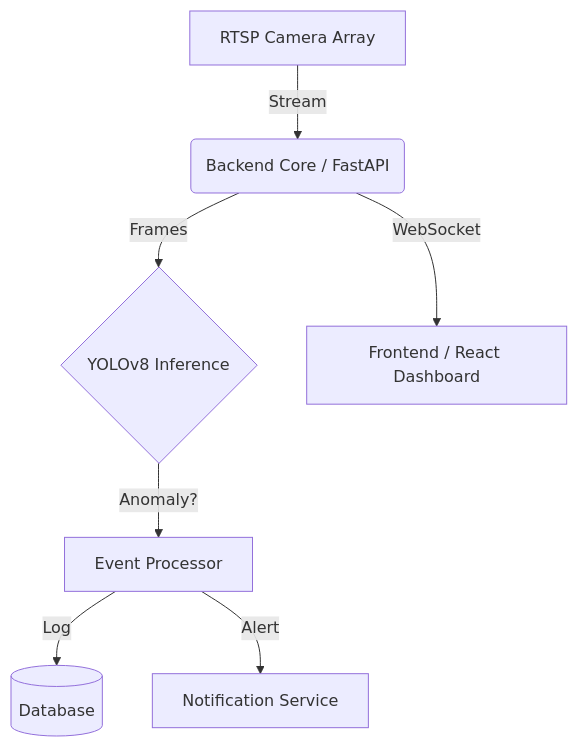
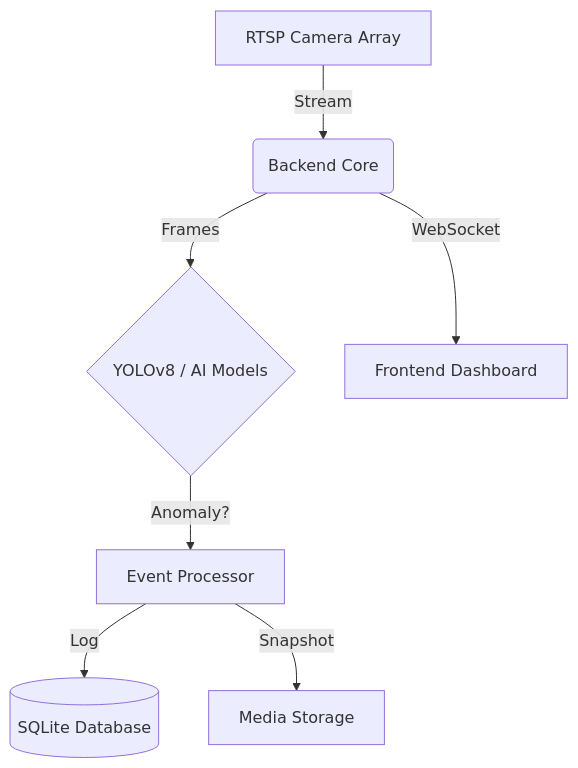
Before and after one commit to rayhq/automated-cctv-monitoring: the diagram in README.md, drawn with Mermaid. The commit also changed other lines of this file, not shown here.

````diff
--- a/README.md
+++ b/README.md
@@ -26,9 +27,9 @@
 ```mermaid
 graph TD
-    A[RTSP Camera Array] -->|Stream| B(Backend Core / FastAPI)
-    B -->|Frames| C{YOLOv8 Inference}
+    A[RTSP Camera Array] -->|Stream| B(Backend Core)
+    B -->|Frames| C{YOLOv8 / AI Models}
     C -->|Anomaly?| D[Event Processor]
-    D -->|Log| E[(Database)]
-    D -->|Alert| F[Notification Service]
-    B -->|WebSocket| G[Frontend / React Dashboard]
+    D -->|Log| E[(SQLite Database)]
+    D -->|Snapshot| F[Media Storage]
+    B -->|WebSocket| G[Frontend Dashboard]
 ```
````
